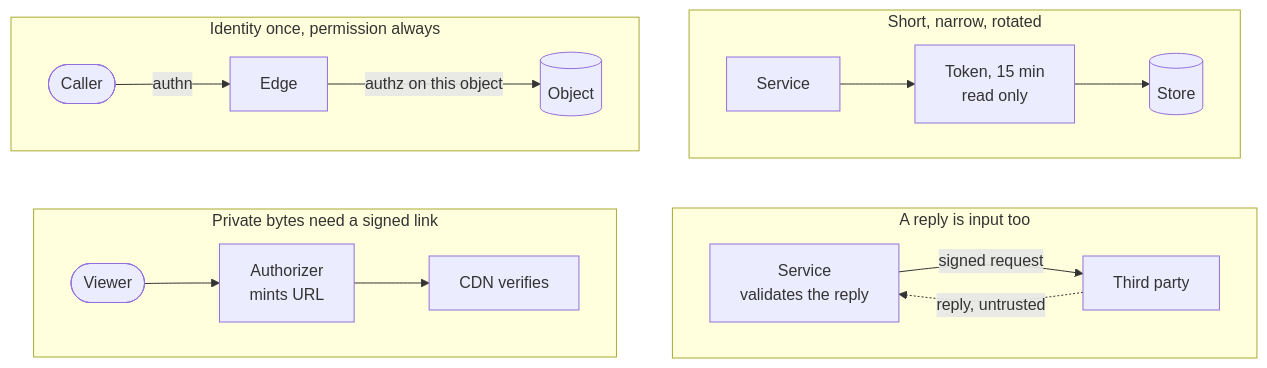
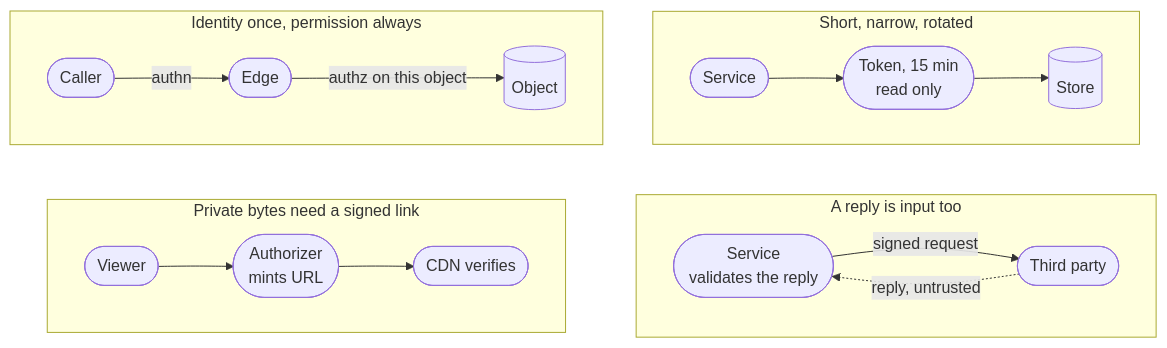
Diagram 14 of 19 in examples/system-design-foundations.md (Laticent/lattice), drawn with Mermaid before and after one commit. The commit also changed other lines of this file and 1 other file, not shown here.

First line of the commit message:
deck(examples): act on the re-score, and finish the diagram conversion

````diff
--- a/examples/system-design-foundations.md
+++ b/examples/system-design-foundations.md
@@ -1916,22 +1916,22 @@
 ```mermaid
 flowchart TB
   subgraph b["Short, narrow, rotated"]
     direction LR
-    B1["Service"] --> B2["Token, 15 min<br/>read only"] --> B3[("Store")]
+    B1(["Service"]) --> B2(["Token, 15 min<br/>read only"]) --> B3[("Store")]
   end
   subgraph a["Identity once, permission always"]
     direction LR
-    A1(["Caller"]) -->|"authn"| A2["Edge"] -->|"authz on this object"| A3[("Object")]
+    A1(["Caller"]) -->|"authn"| A2(["Edge"]) -->|"authz on this object"| A3[("Object")]
   end
   subgraph d["A reply is input too"]
     direction LR
-    D1["Service<br/>validates the reply"] -->|"signed request"| D2["Third party"]
+    D1(["Service<br/>validates the reply"]) -->|"signed request"| D2(["Third party"])
     D2 -.->|"reply, untrusted"| D1
   end
   subgraph c["Private bytes need a signed link"]
     direction LR
-    C1(["Viewer"]) --> C2["Authorizer<br/>mints URL"] --> C3["CDN verifies"]
+    C1(["Viewer"]) --> C2(["Authorizer<br/>mints URL"]) --> C3(["CDN verifies"])
   end
   a ~~~ c
   b ~~~ d
 ```
````
